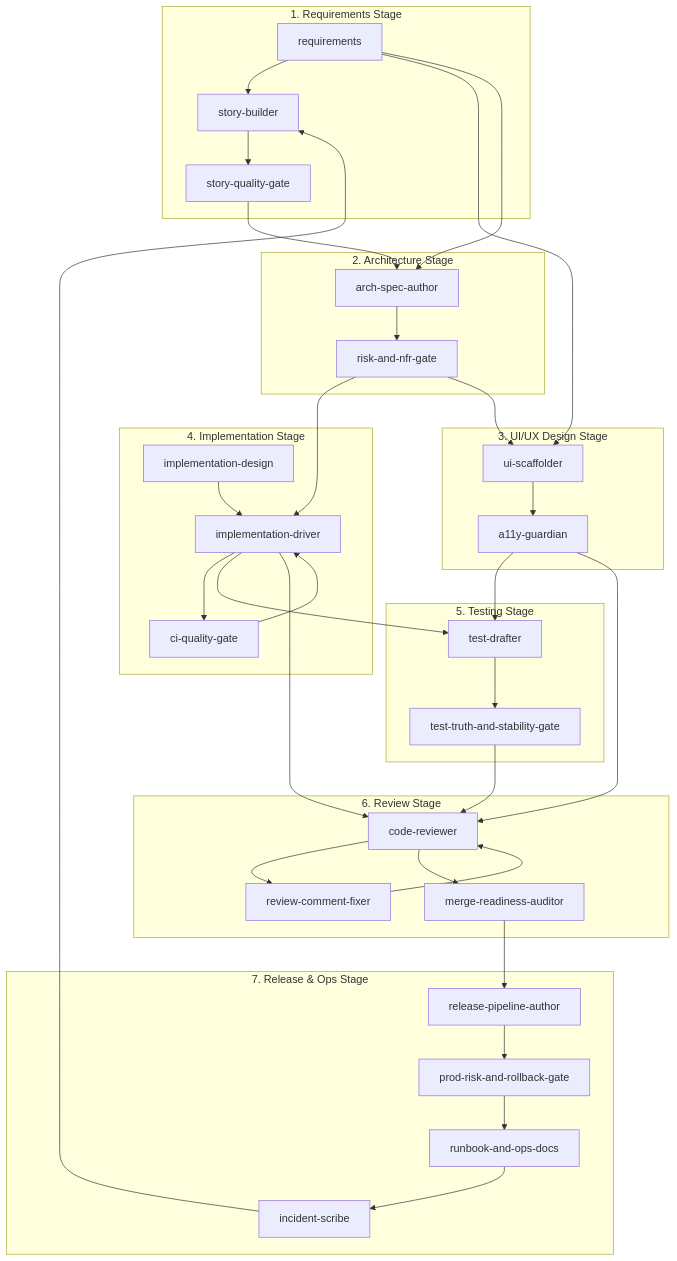
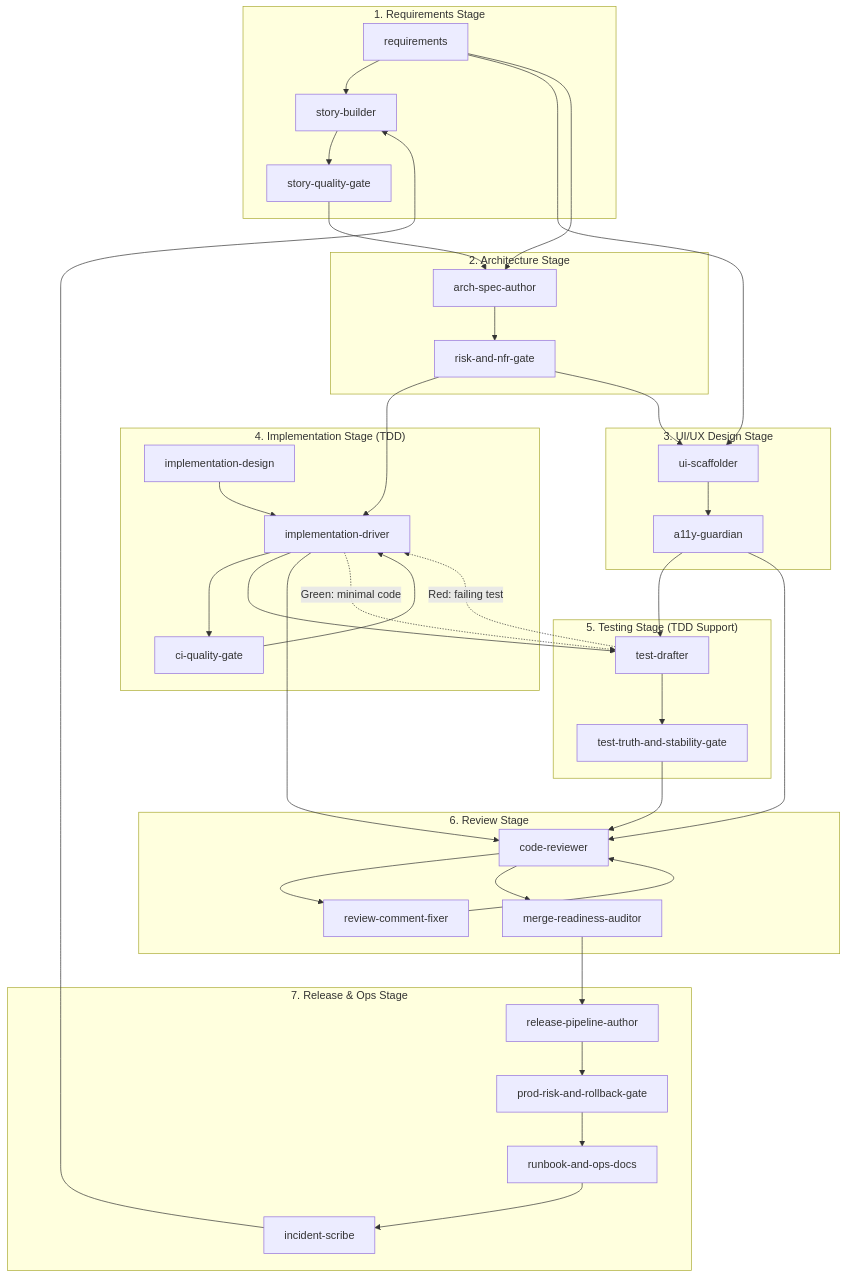
Before and after one commit to grammy-jiang/agentic-dev-template: the diagram in docs/best_practices/web-dev-lifecycle/agent-workflow-diagram.md, drawn with Mermaid. The commit also changed other lines of this file and 11 other files, not shown here.

````diff
--- a/docs/best_practices/web-dev-lifecycle/agent-workflow-diagram.md
+++ b/docs/best_practices/web-dev-lifecycle/agent-workflow-diagram.md
@@ -172,70 +188,74 @@
 ```mermaid
 flowchart TB
     subgraph Requirements["1. Requirements Stage"]
         REQ[requirements]
         SB[story-builder]
         SQG[story-quality-gate]
         REQ --> SB
         SB --> SQG
     end
 
     subgraph Architecture["2. Architecture Stage"]
         ASA[arch-spec-author]
         RNG[risk-and-nfr-gate]
         ASA --> RNG
     end
 
     subgraph UIUX["3. UI/UX Design Stage"]
         UIS[ui-scaffolder]
         A11Y[a11y-guardian]
         UIS --> A11Y
     end
 
-    subgraph Implementation["4. Implementation Stage"]
+    subgraph Implementation["4. Implementation Stage (TDD)"]
         ID[implementation-design]
         IDR[implementation-driver]
         CQG[ci-quality-gate]
         ID --> IDR
         IDR --> CQG
     end
 
-    subgraph Testing["5. Testing Stage"]
+    subgraph Testing["5. Testing Stage (TDD Support)"]
         TD[test-drafter]
         TTSG[test-truth-and-stability-gate]
         TD --> TTSG
     end
 
     subgraph Review["6. Review Stage"]
         CR[code-reviewer]
         RCF[review-comment-fixer]
         MRA[merge-readiness-auditor]
         CR --> RCF
         RCF --> CR
         CR --> MRA
     end
 
     subgraph ReleaseOps["7. Release & Ops Stage"]
         RPA[release-pipeline-author]
         PRRG[prod-risk-and-rollback-gate]
         ROD[runbook-and-ops-docs]
         IS[incident-scribe]
         RPA --> PRRG
         PRRG --> ROD
         ROD --> IS
     end
 
     %% Cross-stage connections
     REQ --> UIS
     REQ --> ASA
     SQG --> ASA
     RNG --> IDR
     RNG --> UIS
     A11Y --> TD
     A11Y --> CR
     IDR --> TD
     IDR --> CR
     CQG --> IDR
     TTSG --> CR
     MRA --> RPA
     IS --> SB
+
+    %% TDD Loop (Red → Green → Refactor)
+    TD -.->|"Red: failing test"| IDR
+    IDR -.->|"Green: minimal code"| TD
 ```
````
